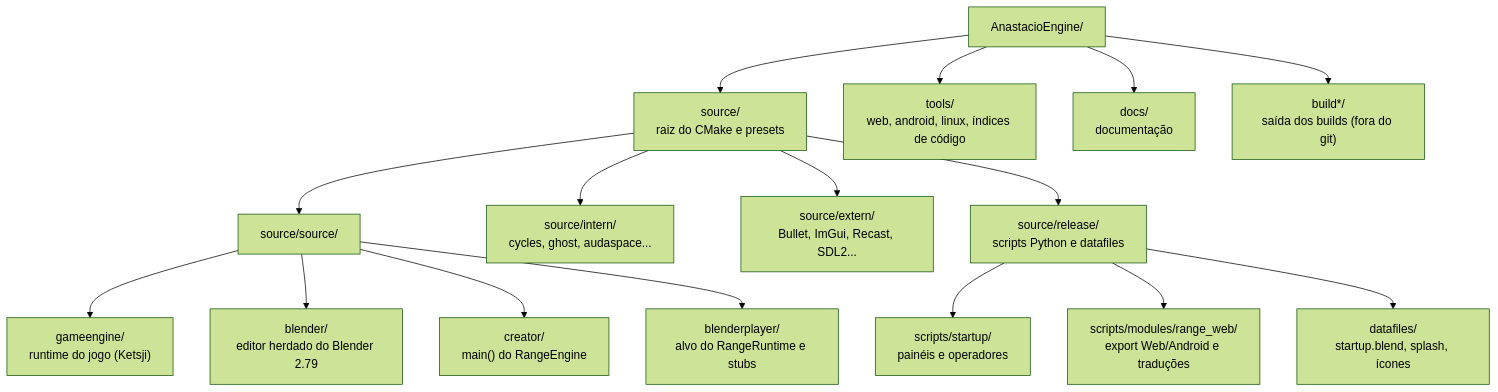
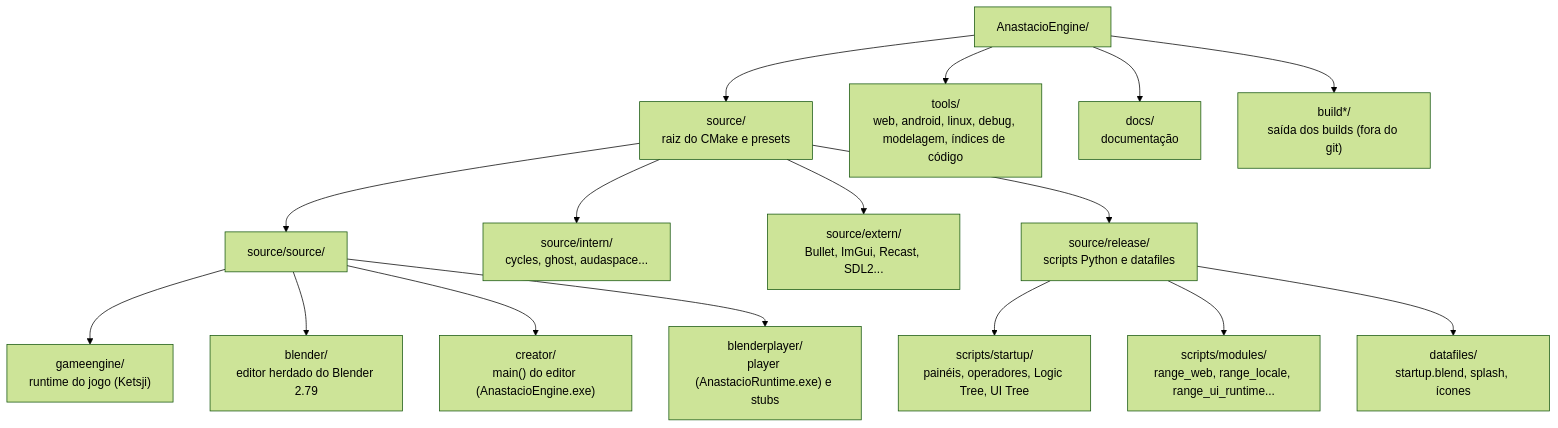
Before and after one commit to AnastacioGames/AnastacioEngine: the first of 6 diagrams in docs/diagramas-arquitetura.md, drawn with Mermaid (forest theme). The commit also changed other lines of this file and 1 other file, not shown here.

Commit message:
docs(architecture): refresh diagrams and map for Network, Logic/UI Tree, .cooked and new frame steps

````diff
--- a/docs/diagramas-arquitetura.md
+++ b/docs/diagramas-arquitetura.md
@@ -13,22 +13,22 @@
 ```mermaid
 flowchart TB
     root["AnastacioEngine/"]
     root --> src["source/<br/>raiz do CMake e presets"]
-    root --> tools["tools/<br/>web, android, linux, índices de código"]
+    root --> tools["tools/<br/>web, android, linux, debug, modelagem, índices de código"]
     root --> docs["docs/<br/>documentação"]
     root --> builds["build*/<br/>saída dos builds (fora do git)"]
 
     src --> ss["source/source/"]
     src --> intern["source/intern/<br/>cycles, ghost, audaspace..."]
     src --> extern["source/extern/<br/>Bullet, ImGui, Recast, SDL2..."]
     src --> rel["source/release/<br/>scripts Python e datafiles"]
 
     ss --> ge["gameengine/<br/>runtime do jogo (Ketsji)"]
     ss --> bl["blender/<br/>editor herdado do Blender 2.79"]
-    ss --> cr["creator/<br/>main() do RangeEngine"]
-    ss --> bp["blenderplayer/<br/>alvo do RangeRuntime e stubs"]
+    ss --> cr["creator/<br/>main() do editor (AnastacioEngine.exe)"]
+    ss --> bp["blenderplayer/<br/>player (AnastacioRuntime.exe) e stubs"]
 
-    rel --> ui["scripts/startup/<br/>painéis e operadores"]
-    rel --> rw["scripts/modules/range_web/<br/>export Web/Android e traduções"]
+    rel --> ui["scripts/startup/<br/>painéis, operadores, Logic Tree, UI Tree"]
+    rel --> rw["scripts/modules/<br/>range_web, range_locale, range_ui_runtime..."]
     rel --> df["datafiles/<br/>startup.blend, splash, ícones"]
 ```
````
